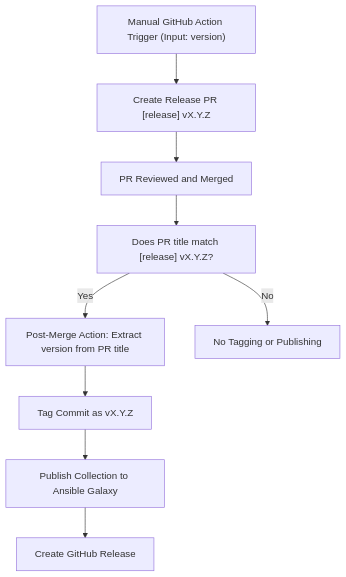
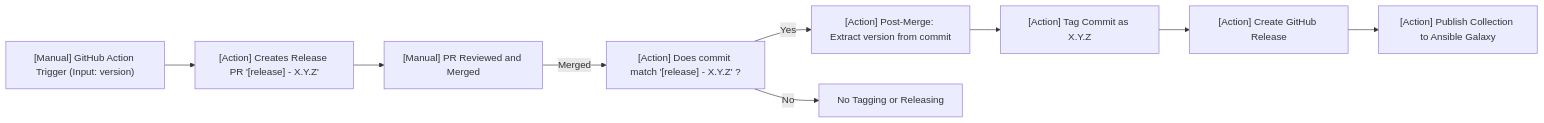
Before and after one commit to hczv/ansible-firewall: the diagram in README.md, drawn with Mermaid. The commit also changed other lines of this file and 1 other file, not shown here.

Commit message:
docs: updated collection README.md and nftables README.md

````diff
--- a/README.md
+++ b/README.md
@@ -29,11 +51,11 @@
 ```mermaid
-flowchart TD
-    A["Manual GitHub Action Trigger (Input: version)"] --> B["Create Release PR [release] vX.Y.Z"]
-    B --> C["PR Reviewed and Merged"]
-    C --> D["Does PR title match [release] vX.Y.Z?"]
-    D -- Yes --> E["Post-Merge Action: Extract version from PR title"]
-    E --> F["Tag Commit as vX.Y.Z"]
-    F --> G["Publish Collection to Ansible Galaxy"]
-    G --> H["Create GitHub Release"]
-    D -- No --> I["No Tagging or Publishing"]
+flowchart LR
+    A["[Manual] GitHub Action Trigger (Input: version)"] --> B["[Action] Creates Release PR '[release] - X.Y.Z'"]
+    B --> C["[Manual] PR Reviewed and Merged"]
+    C -- Merged --> D["[Action] Does commit match '[release] - X.Y.Z' ?"]
+    D -- Yes --> E["[Action] Post-Merge: Extract version from commit"]
+    E --> F["[Action] Tag Commit as X.Y.Z"]
+    F --> G["[Action] Create GitHub Release"]
+    G --> H["[Action] Publish Collection to Ansible Galaxy"]
+    D -- No --> I["No Tagging or Releasing"]
 ```
````
